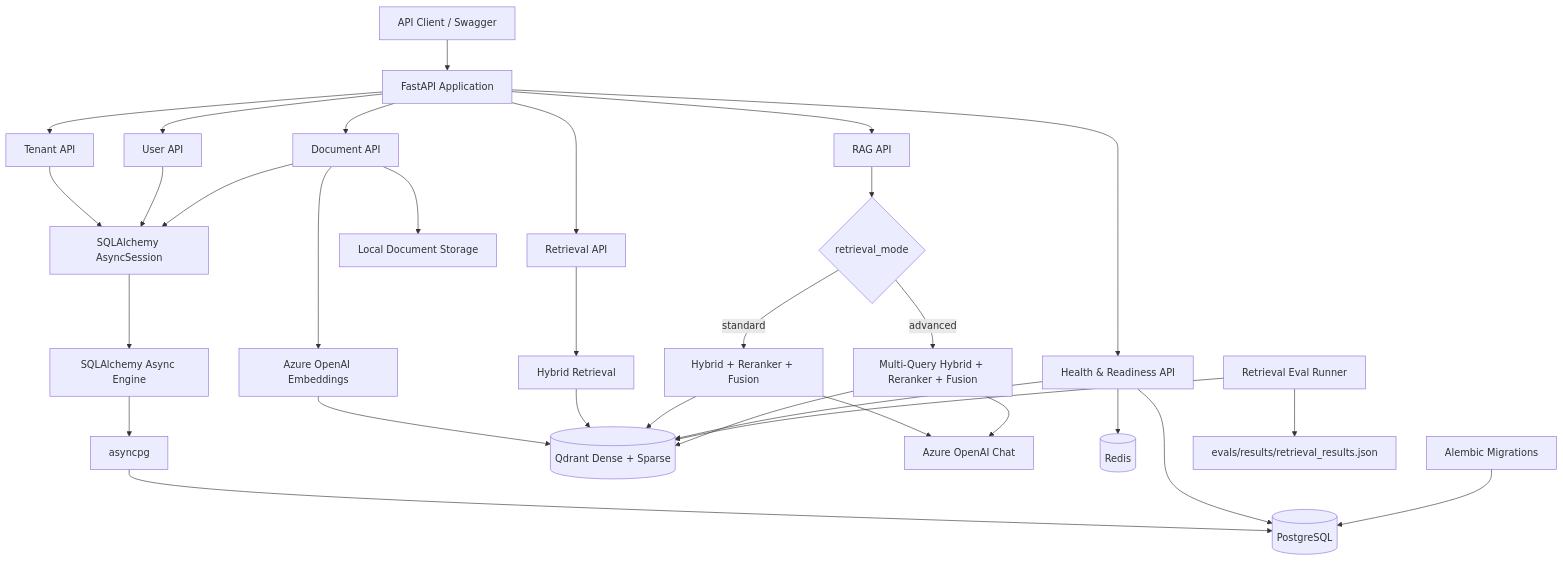
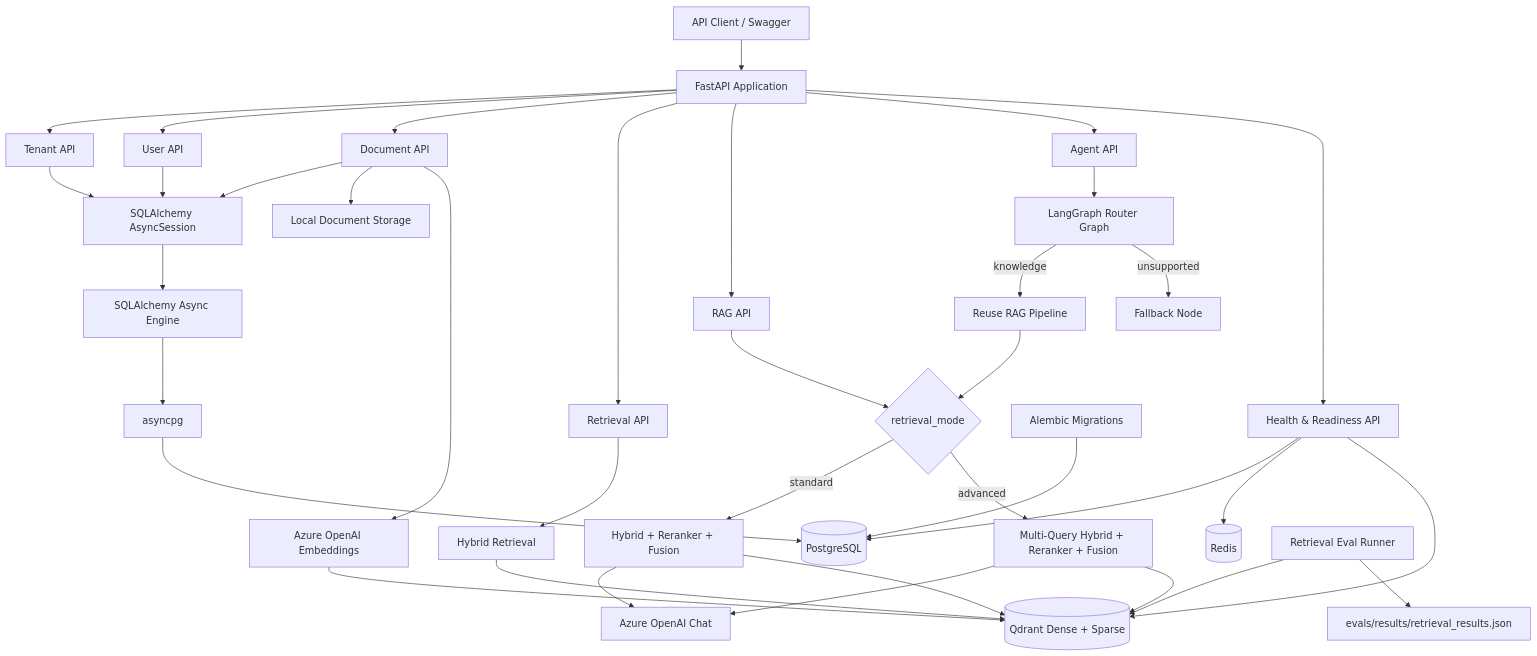
Before and after one commit to kkureli/enterprise-agentic-ai-platform: the first of 4 diagrams in docs/architecture.md, drawn with Mermaid. The commit also changed other lines of this file and 13 other files, not shown here.

Commit message:
feat: add LangGraph agent orchestration

````diff
--- a/docs/architecture.md
+++ b/docs/architecture.md
@@ -10,44 +10,50 @@
 ```mermaid
 flowchart TD
     Client[API Client / Swagger]
 
     Client --> FastAPI[FastAPI Application]
 
     FastAPI --> TenantAPI[Tenant API]
     FastAPI --> UserAPI[User API]
     FastAPI --> DocumentAPI[Document API]
     FastAPI --> RetrievalAPI[Retrieval API]
     FastAPI --> RagAPI[RAG API]
+    FastAPI --> AgentAPI[Agent API]
     FastAPI --> HealthAPI[Health & Readiness API]
 
     TenantAPI --> Session[SQLAlchemy AsyncSession]
     UserAPI --> Session
     DocumentAPI --> Session
 
     Session --> Engine[SQLAlchemy Async Engine]
     Engine --> AsyncPG[asyncpg]
     AsyncPG --> PostgreSQL[(PostgreSQL)]
 
     DocumentAPI --> Storage[Local Document Storage]
     DocumentAPI --> Embed[Azure OpenAI Embeddings]
     Embed --> Qdrant[(Qdrant Dense + Sparse)]
 
     RetrievalAPI --> Hybrid[Hybrid Retrieval]
     RagAPI --> Mode{retrieval_mode}
     Mode -->|standard| HybridRerank[Hybrid + Reranker + Fusion]
     Mode -->|advanced| MultiQuery[Multi-Query Hybrid + Reranker + Fusion]
     HybridRerank --> Chat[Azure OpenAI Chat]
     MultiQuery --> Chat
 
+    AgentAPI --> Graph[LangGraph Router Graph]
+    Graph -->|knowledge| RagReuse[Reuse RAG Pipeline]
+    Graph -->|unsupported| Fallback[Fallback Node]
+    RagReuse --> Mode
+
     Hybrid --> Qdrant
     HybridRerank --> Qdrant
     MultiQuery --> Qdrant
 
     HealthAPI --> PostgreSQL
     HealthAPI --> Redis[(Redis)]
     HealthAPI --> Qdrant
 
     Alembic[Alembic Migrations] --> PostgreSQL
     Evals[Retrieval Eval Runner] --> Qdrant
     Evals --> Results[evals/results/retrieval_results.json]
 ```
````
